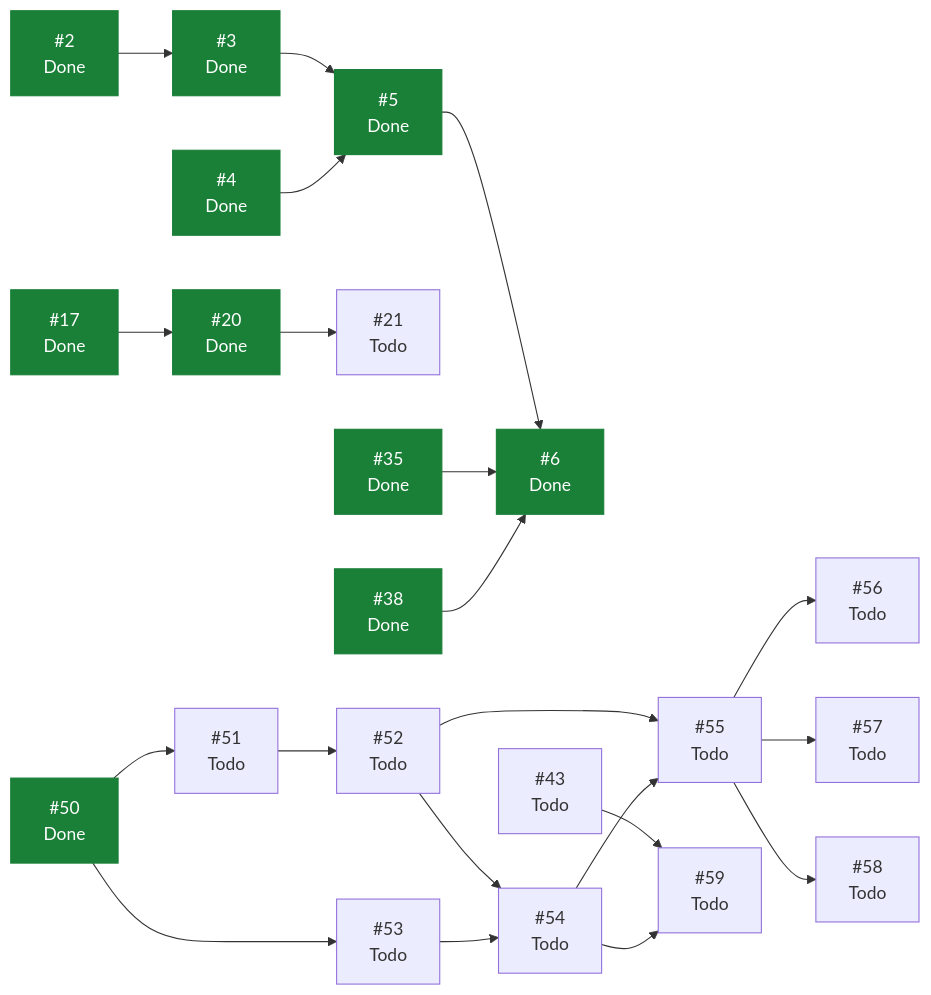
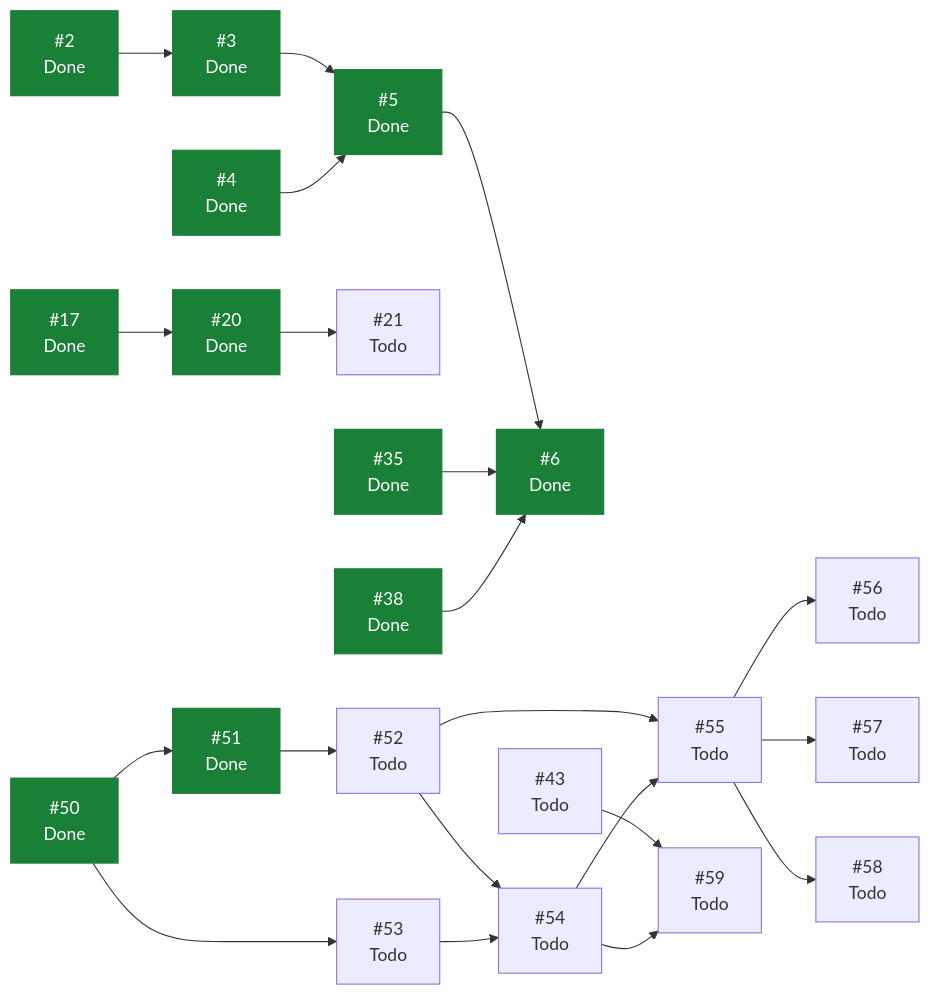
Before and after one commit to ecamp0s/evault: the diagram in docs/planning/STATUS.md, drawn with Mermaid. The commit also changed other lines of this file, not shown here.

````diff
--- a/docs/planning/STATUS.md
+++ b/docs/planning/STATUS.md
@@ -88,46 +88,46 @@
 ```mermaid
 graph LR
   I2["#2<br/>Done"]
   I3["#3<br/>Done"]
   I4["#4<br/>Done"]
   I5["#5<br/>Done"]
   I6["#6<br/>Done"]
   I17["#17<br/>Done"]
   I20["#20<br/>Done"]
   I21["#21<br/>Todo"]
   I35["#35<br/>Done"]
   I38["#38<br/>Done"]
   I43["#43<br/>Todo"]
   I50["#50<br/>Done"]
-  I51["#51<br/>Todo"]
+  I51["#51<br/>Done"]
   I52["#52<br/>Todo"]
   I53["#53<br/>Todo"]
   I54["#54<br/>Todo"]
   I55["#55<br/>Todo"]
   I56["#56<br/>Todo"]
   I57["#57<br/>Todo"]
   I58["#58<br/>Todo"]
   I59["#59<br/>Todo"]
   I2 --> I3
   I3 --> I5
   I4 --> I5
   I5 --> I6
   I17 --> I20
   I20 --> I21
   I35 --> I6
   I38 --> I6
   I43 --> I59
   I50 --> I51
   I50 --> I53
   I51 --> I52
   I52 --> I54
   I52 --> I55
   I53 --> I54
   I54 --> I55
   I54 --> I59
   I55 --> I56
   I55 --> I57
   I55 --> I58
   classDef hecho fill:#1a7f37,stroke:#1a7f37,color:#fff;
-  class I2,I3,I4,I5,I6,I17,I20,I35,I38,I50 hecho;
+  class I2,I3,I4,I5,I6,I17,I20,I35,I38,I50,I51 hecho;
 ```
````
